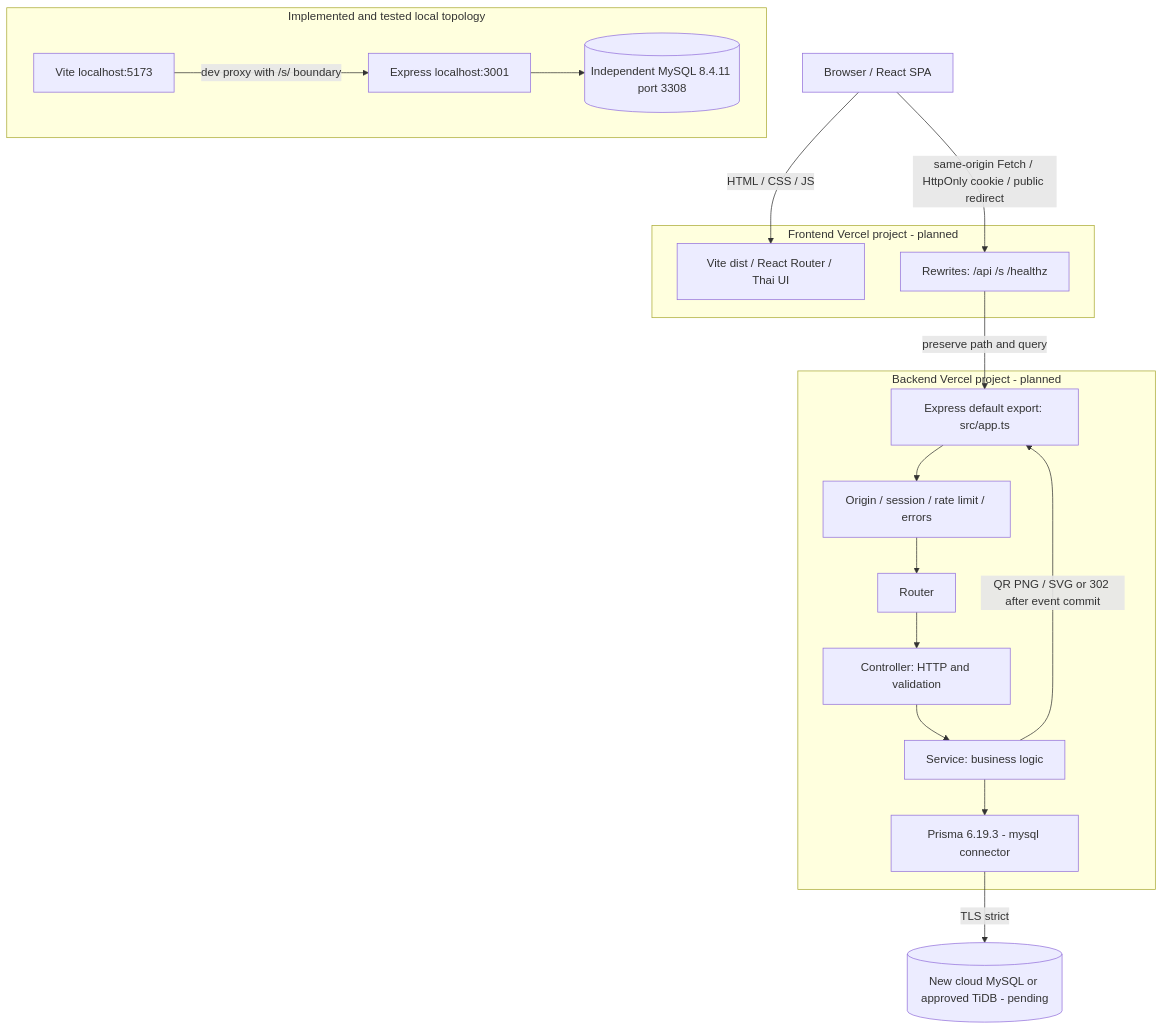
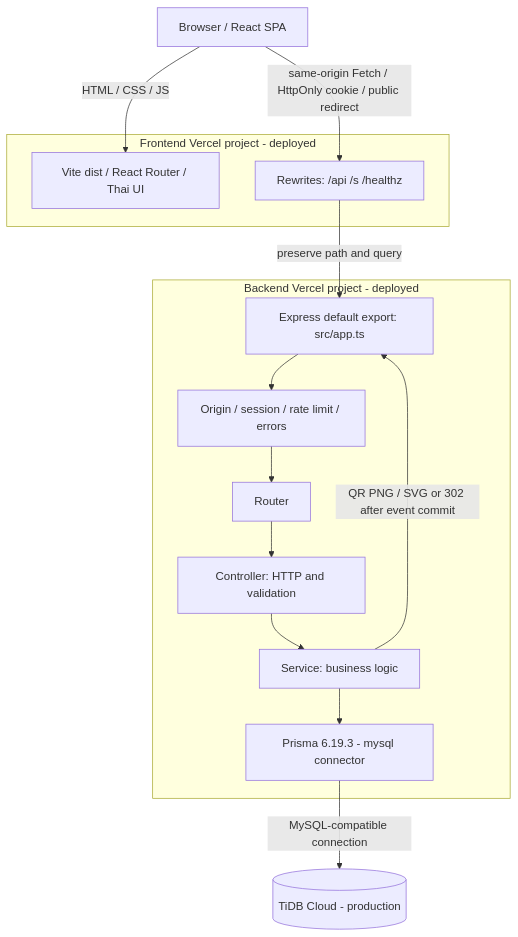
One commit to joe9856/project-short-url-react-node changed the diagram in docs/diagrams/architecture.mmd. Above: the diagram before and after it, drawn with Mermaid. The commit also changed 28 other files, not shown here.

```diff
--- a/docs/diagrams/architecture.mmd
+++ b/docs/diagrams/architecture.mmd
@@ -1,27 +1,21 @@
 flowchart TB
   Browser[Browser / React SPA]
-  subgraph FrontendProject[Frontend Vercel project - planned]
+  subgraph FrontendProject[Frontend Vercel project - deployed]
     Static[Vite dist / React Router / Thai UI]
     Proxy[Rewrites: /api /s /healthz]
   end
-  subgraph BackendProject[Backend Vercel project - planned]
+  subgraph BackendProject[Backend Vercel project - deployed]
     App[Express default export: src/app.ts]
     Middleware[Origin / session / rate limit / errors]
     Routes[Router]
     Controllers[Controller: HTTP and validation]
     Services[Service: business logic]
     Prisma[Prisma 6.19.3 - mysql connector]
   end
-  Database[(New cloud MySQL or approved TiDB - pending)]
+  Database[(TiDB Cloud - production)]
   Browser -->|HTML / CSS / JS| Static
   Browser -->|same-origin Fetch / HttpOnly cookie / public redirect| Proxy
   Proxy -->|preserve path and query| App
   App --> Middleware --> Routes --> Controllers --> Services --> Prisma
-  Prisma -->|TLS strict| Database
+  Prisma -->|MySQL-compatible connection| Database
   Services -->|QR PNG / SVG or 302 after event commit| App
-  subgraph Local[Implemented and tested local topology]
-    Vite[Vite localhost:5173]
-    Express[Express localhost:3001]
-    MySQL[(Independent MySQL 8.4.11 port 3308)]
-    Vite -->|dev proxy with /s/ boundary| Express --> MySQL
-  end
```
